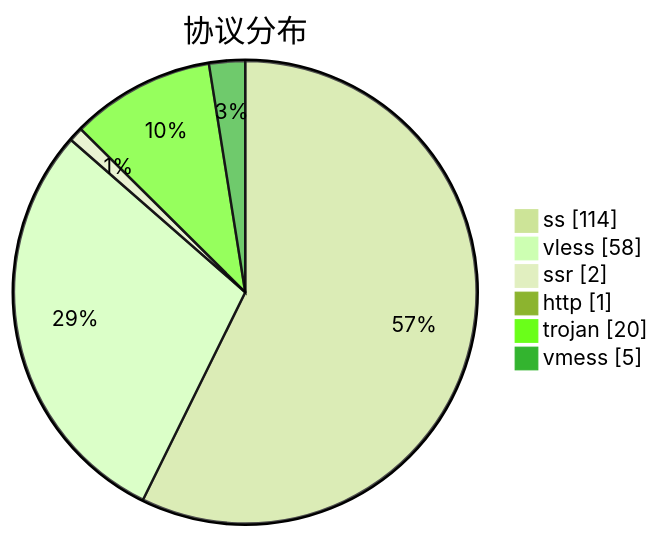
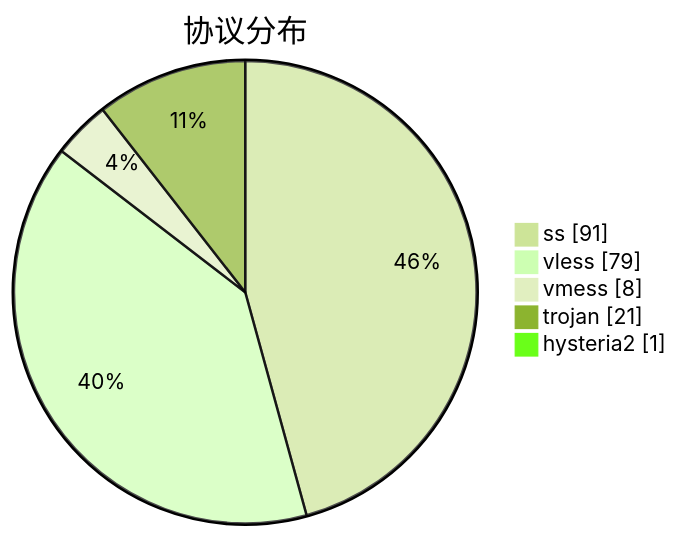
Before and after one commit to qjlxg/airport: the third of 3 diagrams in subs/statistics/tested_within.md, drawn with Mermaid (forest theme). The commit also changed other lines of this file and 2 other files, not shown here.

````diff
--- a/subs/statistics/tested_within.md
+++ b/subs/statistics/tested_within.md
@@ -28,10 +29,9 @@
 ```mermaid
 pie showData
 title 协议分布
-"ss" : 114
-"vless" : 58
-"ssr" : 2
-"http" : 1
-"trojan" : 20
-"vmess" : 5
+"ss" : 91
+"vless" : 79
+"vmess" : 8
+"trojan" : 21
+"hysteria2" : 1
 ```
````
